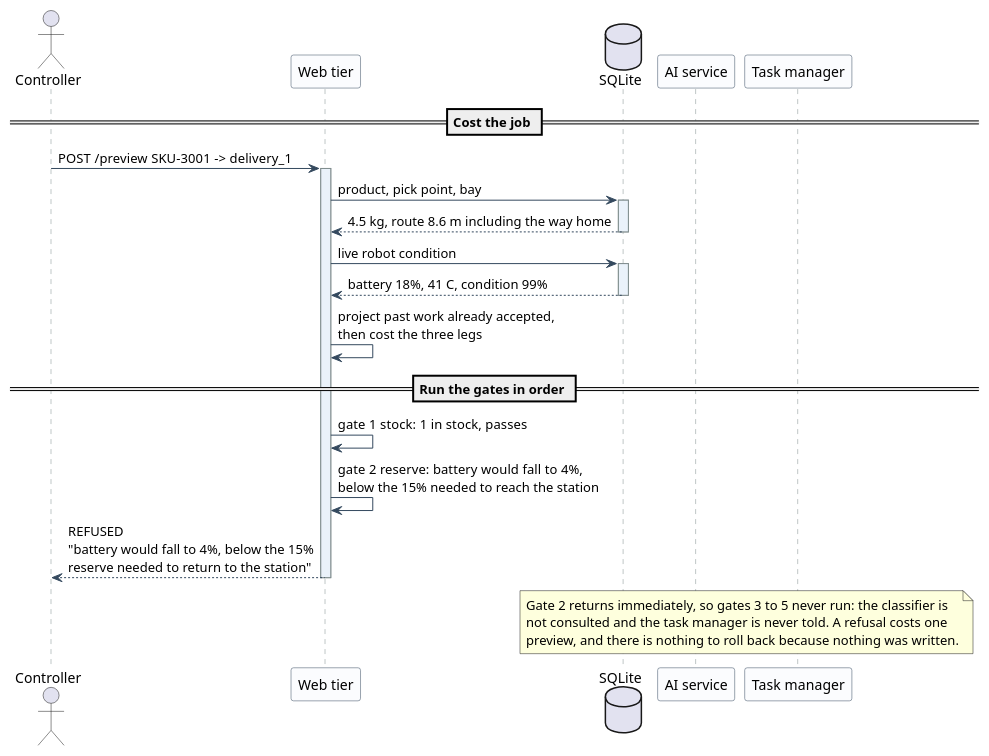
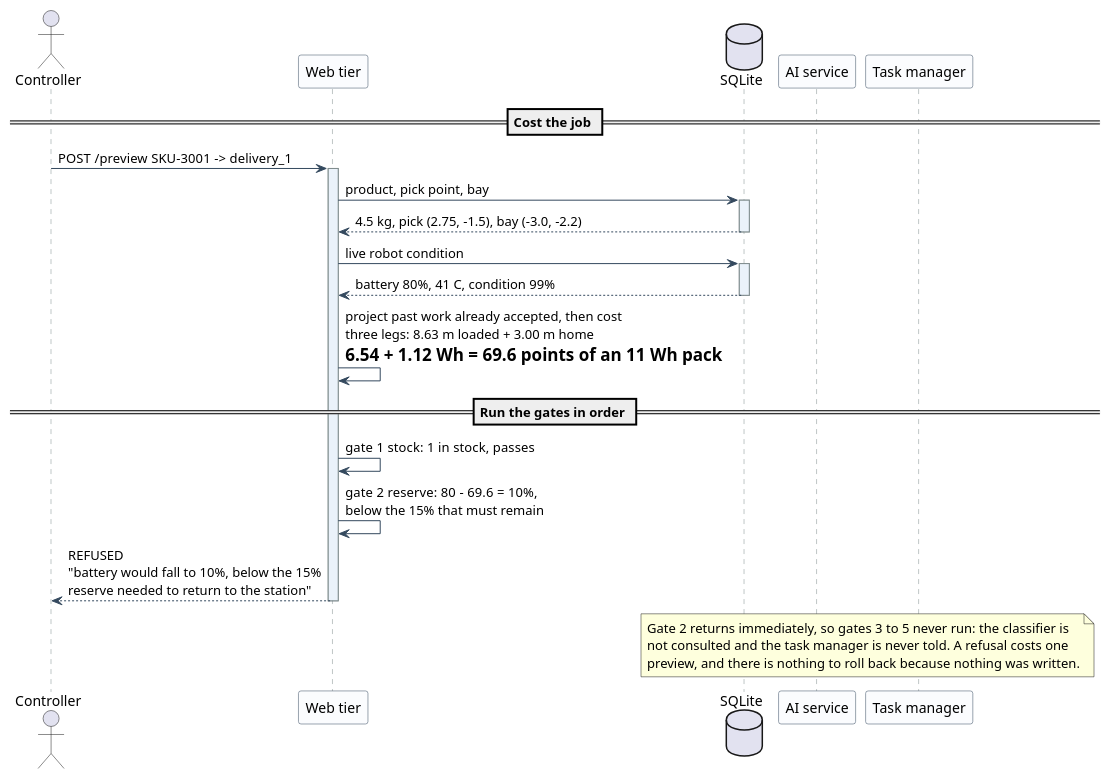
The diagram in report/uml/11-sequence-order-refused.puml (ArianShafagh/robofetch), drawn with PlantUML before and after one commit. The commit also changed 2 other files, not shown here.

```diff
--- a/report/uml/11-sequence-order-refused.puml
+++ b/report/uml/11-sequence-order-refused.puml
@@ -14,37 +14,37 @@
 @startuml
 skinparam backgroundColor White
 skinparam shadowing false
 skinparam sequence {
   ArrowColor #34495E
   LifeLineBorderColor #7F8C8D
   ParticipantBorderColor #34495E
   ParticipantBackgroundColor #FBFCFE
   LifeLineBackgroundColor #EAF2FA
 }
 
 actor Controller as C
 participant "Web tier" as API
 database "SQLite" as DB
 participant "AI service" as AI
 participant "Task manager" as TM
 
 == Cost the job ==
 C -> API ++ : POST /preview  SKU-3001 -> delivery_1
 API -> DB ++ : product, pick point, bay
-DB --> API -- : 4.5 kg, route 8.6 m including the way home
+DB --> API -- : 4.5 kg, pick (2.75, -1.5), bay (-3.0, -2.2)
 API -> DB ++ : live robot condition
-DB --> API -- : battery 18%, 41 C, condition 99%
-API -> API : project past work already accepted,\nthen cost the three legs
+DB --> API -- : battery 80%, 41 C, condition 99%
+API -> API : project past work already accepted, then cost\nthree legs: 8.63 m loaded + 3.00 m home\n= 6.54 + 1.12 Wh = 69.6 points of an 11 Wh pack
 
 == Run the gates in order ==
 API -> API : gate 1  stock: 1 in stock, passes
-API -> API : gate 2  reserve: battery would fall to 4%,\nbelow the 15% needed to reach the station
-API --> C -- : REFUSED\n"battery would fall to 4%, below the 15%\nreserve needed to return to the station"
+API -> API : gate 2  reserve: 80 - 69.6 = 10%,\nbelow the 15% that must remain
+API --> C -- : REFUSED\n"battery would fall to 10%, below the 15%\nreserve needed to return to the station"
 
 note over AI, TM
   Gate 2 returns immediately, so gates 3 to 5 never run: the classifier is
   not consulted and the task manager is never told. A refusal costs one
   preview, and there is nothing to roll back because nothing was written.
 end note
 
 @enduml
```
